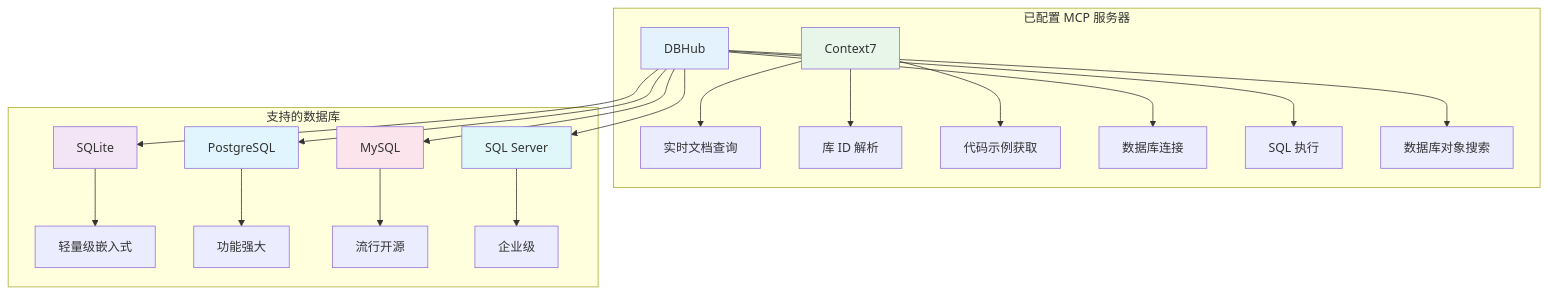
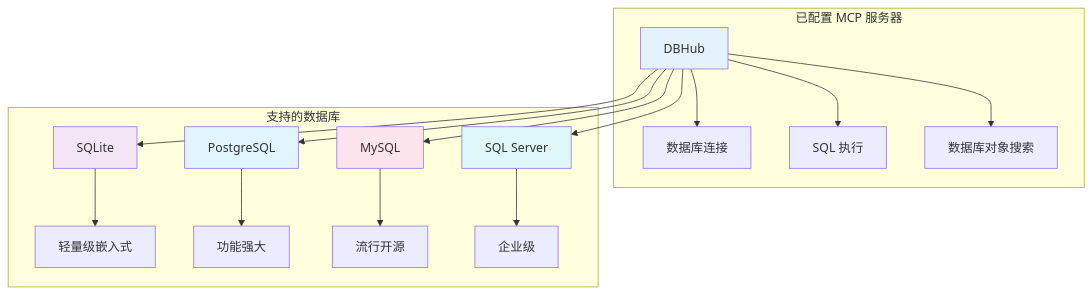
Before and after one commit to shuai-yemao/shuai-yemao-chip: the sixth of 9 diagrams in README.md, drawn with Mermaid. The commit also changed other lines of this file and 1 other file, not shown here.

````diff
--- a/README.md
+++ b/README.md
@@ -215,31 +241,26 @@
 ```mermaid
 graph TB
     subgraph "已配置 MCP 服务器"
-        A[Context7] --> A1[实时文档查询]
-        A --> A2[库 ID 解析]
-        A --> A3[代码示例获取]
-
         B[DBHub] --> B1[数据库连接]
         B --> B2[SQL 执行]
         B --> B3[数据库对象搜索]
     end
 
     subgraph "支持的数据库"
         C[SQLite] --> C1[轻量级嵌入式]
         D[PostgreSQL] --> D1[功能强大]
         E[MySQL] --> E1[流行开源]
         F[SQL Server] --> F1[企业级]
     end
 
     B --> C
     B --> D
     B --> E
     B --> F
 
-    style A fill:#e8f5e9
     style B fill:#e3f2fd
     style C fill:#f3e5f5
     style D fill:#e1f5fe
     style E fill:#fce4ec
     style F fill:#e0f7fa
 ```
````
